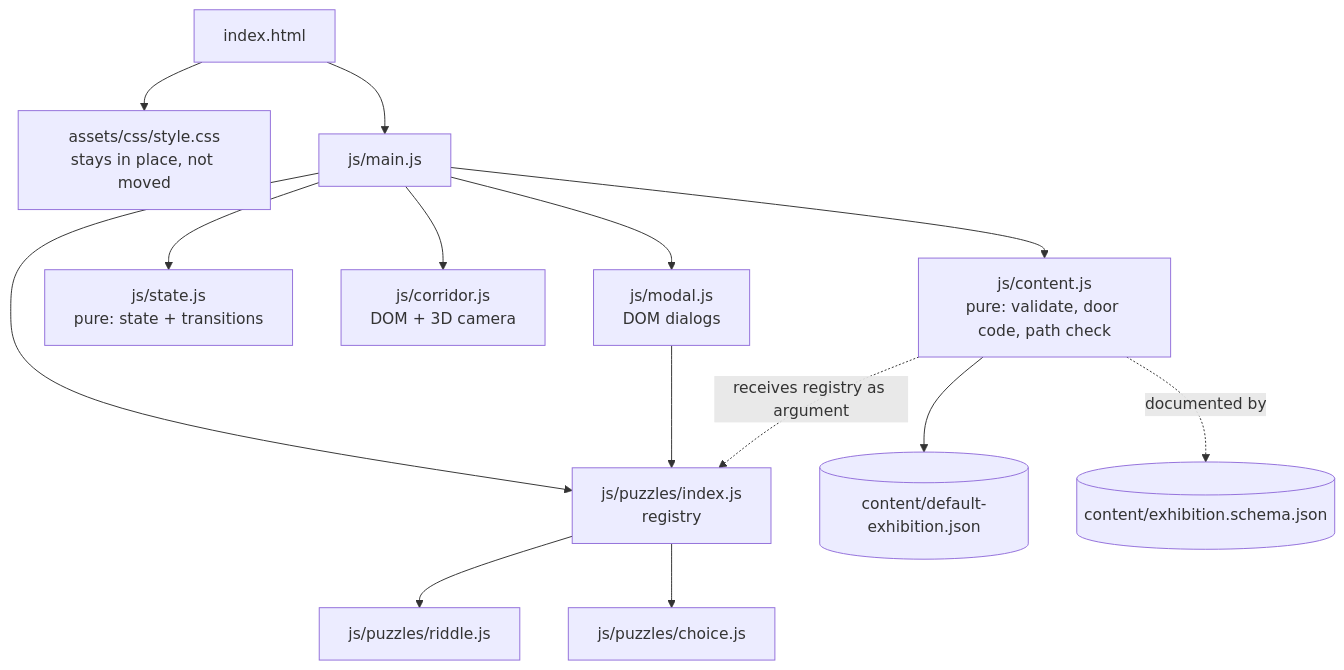
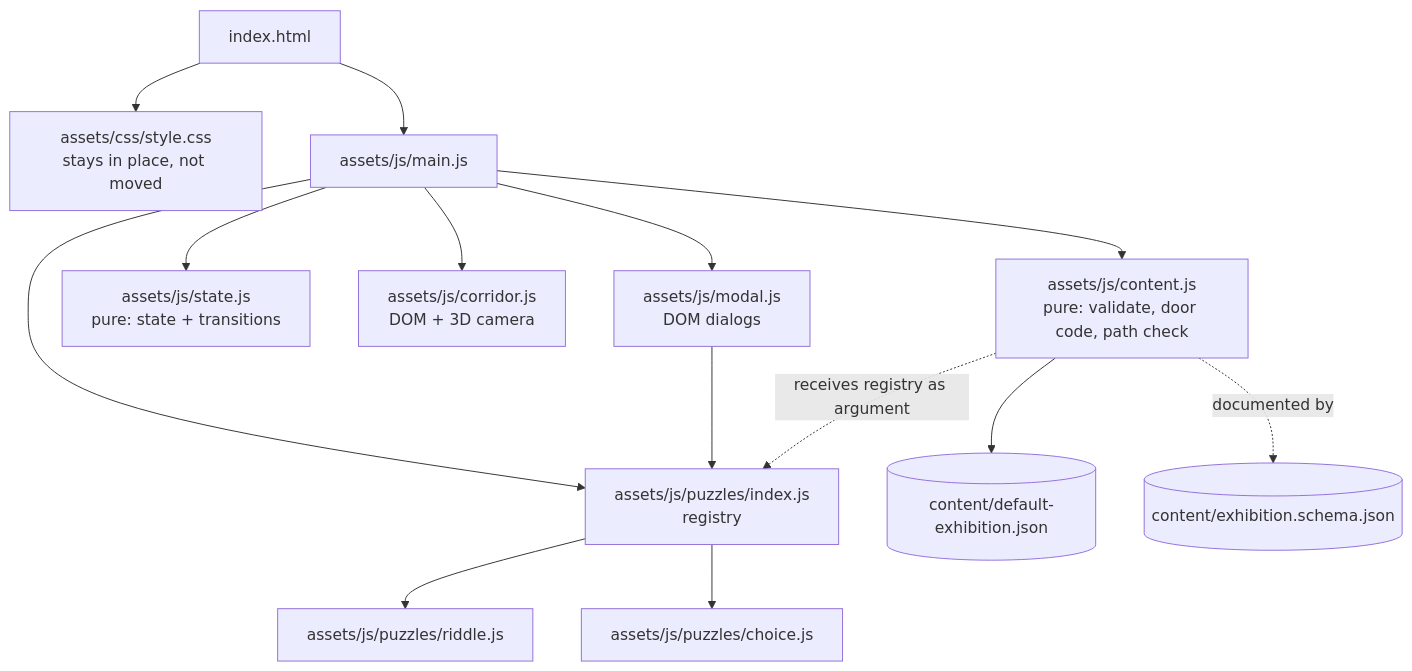
Before and after one commit to alissatroiano/Hexhibit: the first of 3 diagrams in .kiro/specs/mvp-playable-loop/design.md, drawn with Mermaid. The commit also changed other lines of this file and 16 other files, not shown here.

````diff
--- a/.kiro/specs/mvp-playable-loop/design.md
+++ b/.kiro/specs/mvp-playable-loop/design.md
@@ -35,16 +35,16 @@
 ```mermaid
 graph TD
   HTML[index.html] --> CSS[assets/css/style.css<br/>stays in place, not moved]
-  HTML --> MAIN[js/main.js]
-  MAIN --> CONTENT[js/content.js<br/>pure: validate, door code, path check]
-  MAIN --> STATE[js/state.js<br/>pure: state + transitions]
-  MAIN --> CORR[js/corridor.js<br/>DOM + 3D camera]
-  MAIN --> MODAL[js/modal.js<br/>DOM dialogs]
-  MAIN --> REG[js/puzzles/index.js<br/>registry]
-  REG --> RID[js/puzzles/riddle.js]
-  REG --> CHO[js/puzzles/choice.js]
+  HTML --> MAIN[assets/js/main.js]
+  MAIN --> CONTENT[assets/js/content.js<br/>pure: validate, door code, path check]
+  MAIN --> STATE[assets/js/state.js<br/>pure: state + transitions]
+  MAIN --> CORR[assets/js/corridor.js<br/>DOM + 3D camera]
+  MAIN --> MODAL[assets/js/modal.js<br/>DOM dialogs]
+  MAIN --> REG[assets/js/puzzles/index.js<br/>registry]
+  REG --> RID[assets/js/puzzles/riddle.js]
+  REG --> CHO[assets/js/puzzles/choice.js]
   MODAL --> REG
   CONTENT -. receives registry as argument .-> REG
   CONTENT --> JSON[(content/default-exhibition.json)]
   CONTENT -.documented by.-> SCHEMA[(content/exhibition.schema.json)]
 ```
````
